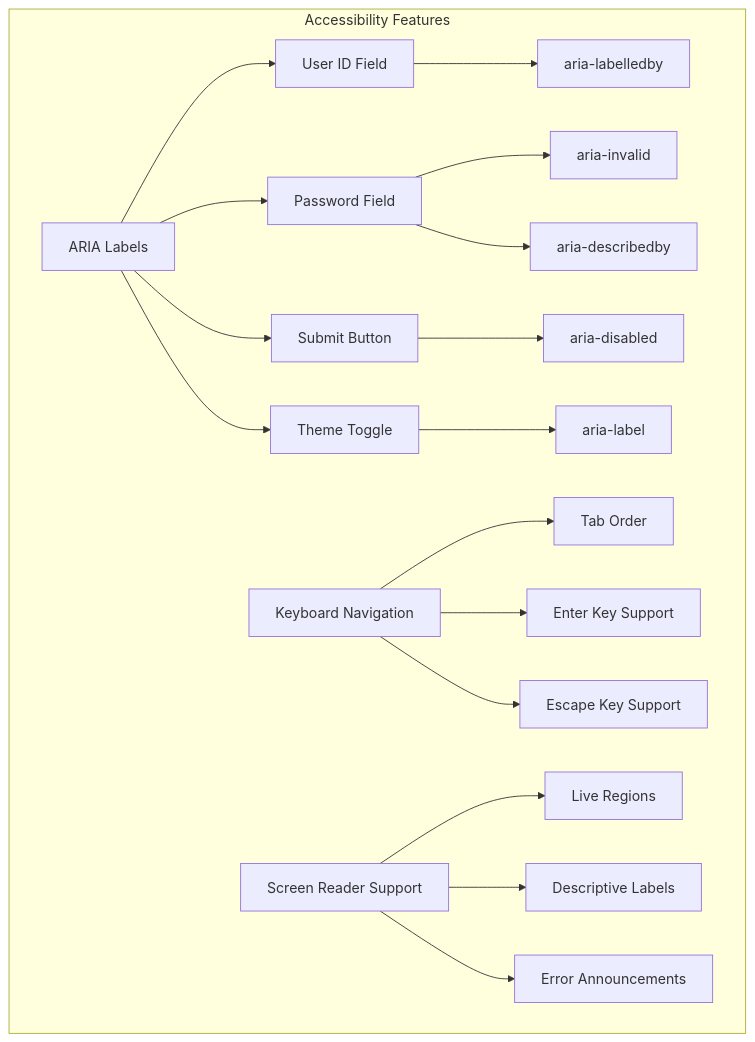
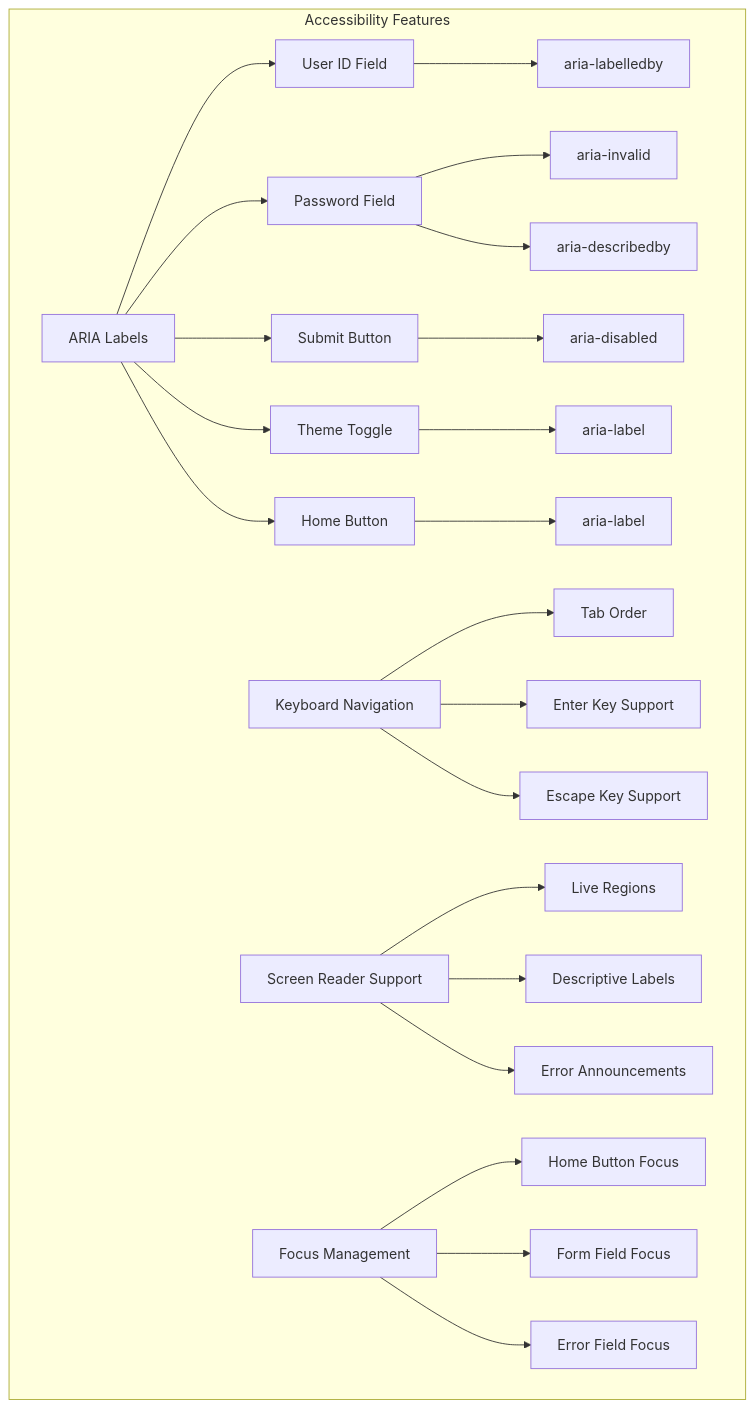
Before and after one commit to Aryan9060/Timetable-Project: diagram 12 of 13 in .qoder/repowiki/en/content/Authentication & Authorization/Login Page Implementation.md, drawn with Mermaid. The commit also changed other lines of this file and 5 other files, not shown here.

````diff
--- a/.qoder/repowiki/en/content/Authentication & Authorization/Login Page Implementation.md
+++ b/.qoder/repowiki/en/content/Authentication & Authorization/Login Page Implementation.md
@@ -589,20 +579,25 @@
 ```mermaid
 graph TB
 subgraph "Accessibility Features"
 A[ARIA Labels] --> B[User ID Field]
 A --> C[Password Field]
 A --> D[Submit Button]
 A --> E[Theme Toggle]
-B --> F[aria-labelledby]
-C --> G[aria-invalid]
-C --> H[aria-describedby]
-D --> I[aria-disabled]
-E --> J[aria-label]
-K[Keyboard Navigation] --> L[Tab Order]
-K --> M[Enter Key Support]
-K --> N[Escape Key Support]
-O[Screen Reader Support] --> P[Live Regions]
-O --> Q[Descriptive Labels]
-O --> R[Error Announcements]
+A --> F[Home Button]
+B --> G[aria-labelledby]
+C --> H[aria-invalid]
+C --> I[aria-describedby]
+D --> J[aria-disabled]
+E --> K[aria-label]
+F --> L[aria-label]
+M[Keyboard Navigation] --> N[Tab Order]
+M --> O[Enter Key Support]
+M --> P[Escape Key Support]
+Q[Screen Reader Support] --> R[Live Regions]
+Q --> S[Descriptive Labels]
+Q --> T[Error Announcements]
+U[Focus Management] --> V[Home Button Focus]
+U --> W[Form Field Focus]
+U --> X[Error Field Focus]
 end
 ```
````
